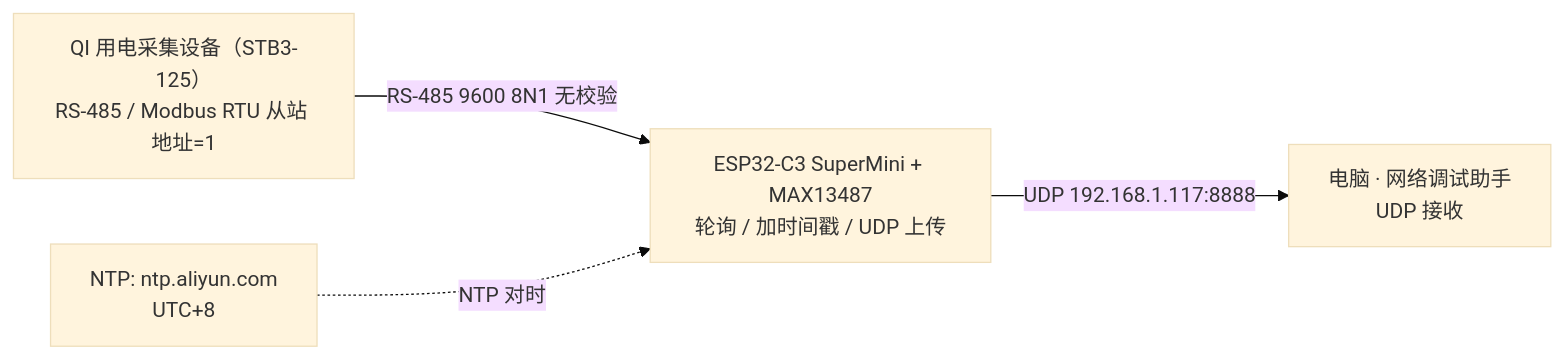
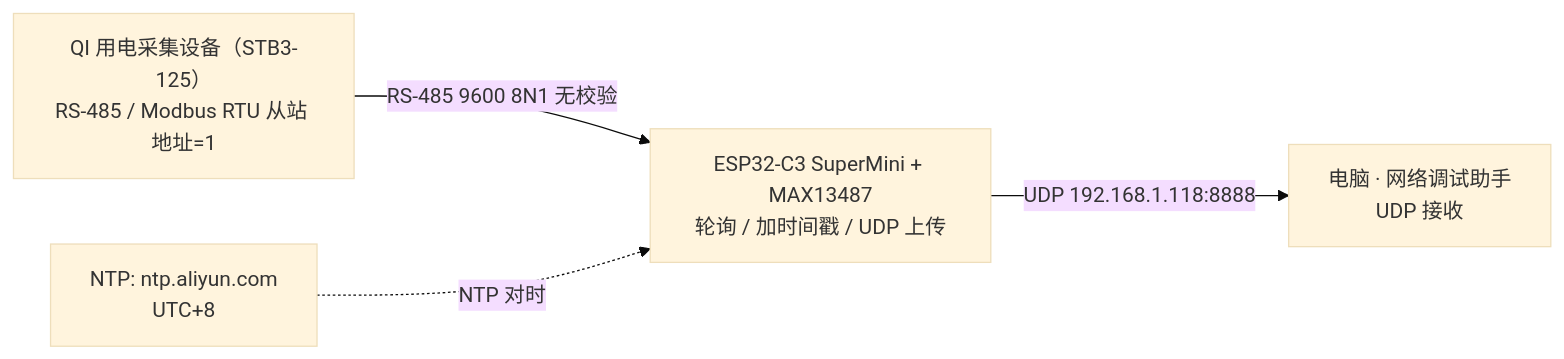
One commit to jiangtao-ml/ESP32_C3_Gateway changed the first of 2 diagrams in 02_docs/01_项目任务书.md. Above: the diagram before and after it, drawn with Mermaid (base theme). The commit also changed other lines of this file and 26 other files, not shown here.

````diff
--- a/02_docs/01_项目任务书.md
+++ b/02_docs/01_项目任务书.md
@@ -123,11 +123,11 @@
 ```mermaid
 flowchart LR
     QI["QI 用电采集设备（STB3-125）<br/>RS-485 / Modbus RTU 从站 地址=1"]
     ESP["ESP32-C3 SuperMini + MAX13487<br/>轮询 / 加时间戳 / UDP 上传"]
     PC["电脑 · 网络调试助手<br/>UDP 接收"]
     NTP["NTP: ntp.aliyun.com<br/>UTC+8"]
 
     QI -- "RS-485 9600 8N1 无校验" --> ESP
     NTP -. "NTP 对时" .-> ESP
-    ESP -- "UDP 192.168.1.117:8888" --> PC
+    ESP -- "UDP 192.168.1.118:8888" --> PC
 ```
````
